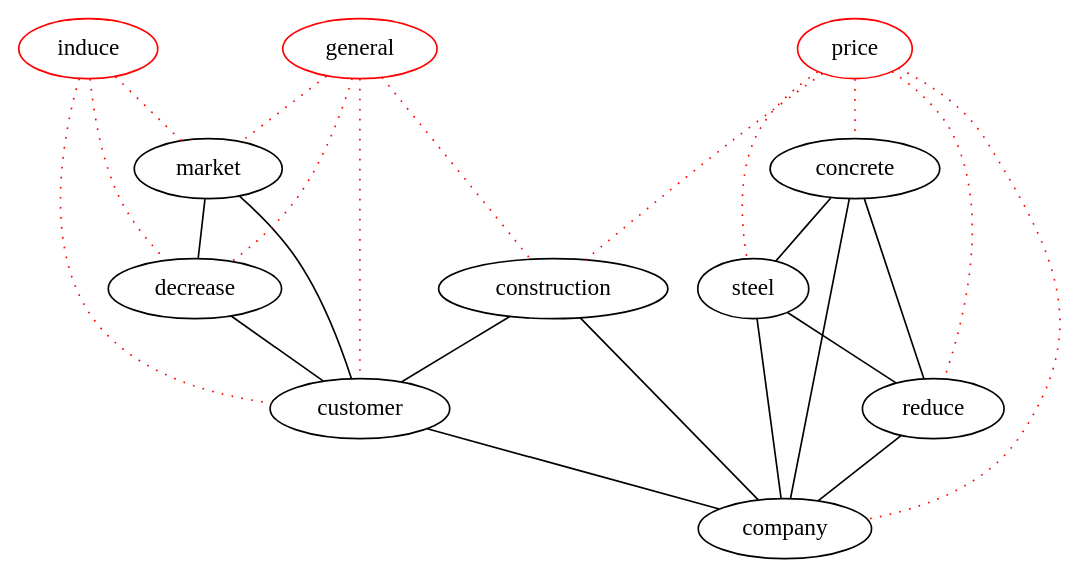
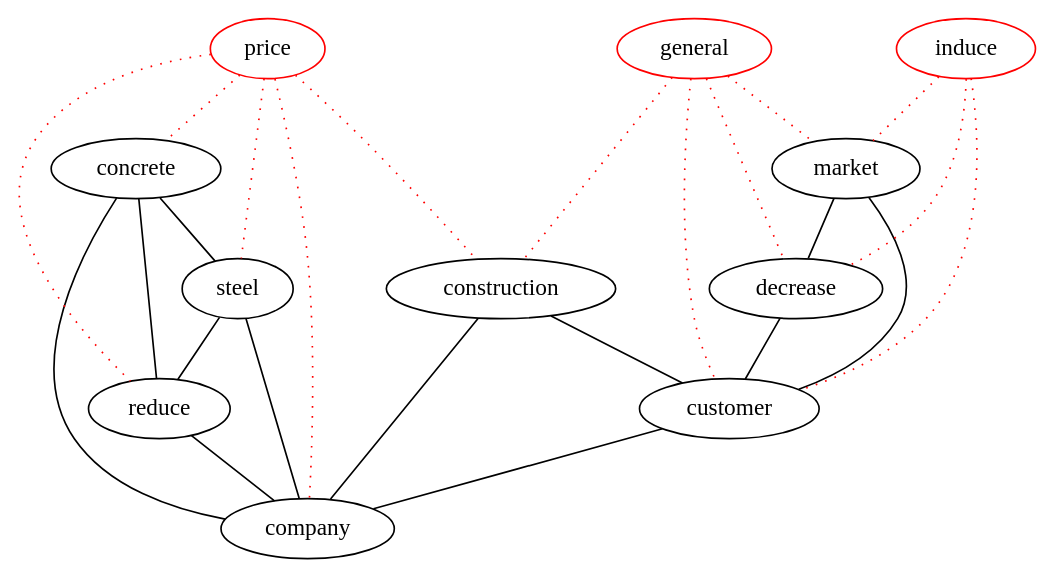
The diagram in dot/d2.dot (michaelweiss/keygraph), drawn with Graphviz before and after one commit. The commit also changed other lines of this file and 3 other files, not shown here.

```diff
--- a/dot/d2.dot
+++ b/dot/d2.dot
@@ -1,38 +1,38 @@
 graph keygraph {
 graph [size="10,10"]
+reduce [color="black"]
+steel [color="black"]
 customer [color="black"]
-steel [color="black"]
 decrease [color="black"]
 company [color="black"]
 market [color="black"]
-reduce [color="black"]
+construction [color="black"]
 concrete [color="black"]
-construction [color="black"]
-price [color="red"]
 general [color="red"]
 induce [color="red"]
+price [color="red"]
 construction--customer
 construction--company
 concrete--reduce
 steel--reduce
 customer--company
 market--decrease
 market--customer
 decrease--customer
 concrete--steel
 concrete--company
 steel--company
 reduce--company
 induce--customer [color="red", style="dotted"]
 induce--decrease [color="red", style="dotted"]
 induce--market [color="red", style="dotted"]
 general--customer [color="red", style="dotted"]
 general--decrease [color="red", style="dotted"]
 general--market [color="red", style="dotted"]
 general--construction [color="red", style="dotted"]
+price--reduce [color="red", style="dotted"]
 price--steel [color="red", style="dotted"]
 price--company [color="red", style="dotted"]
-price--reduce [color="red", style="dotted"]
+price--construction [color="red", style="dotted"]
 price--concrete [color="red", style="dotted"]
-price--construction [color="red", style="dotted"]
 }
```
